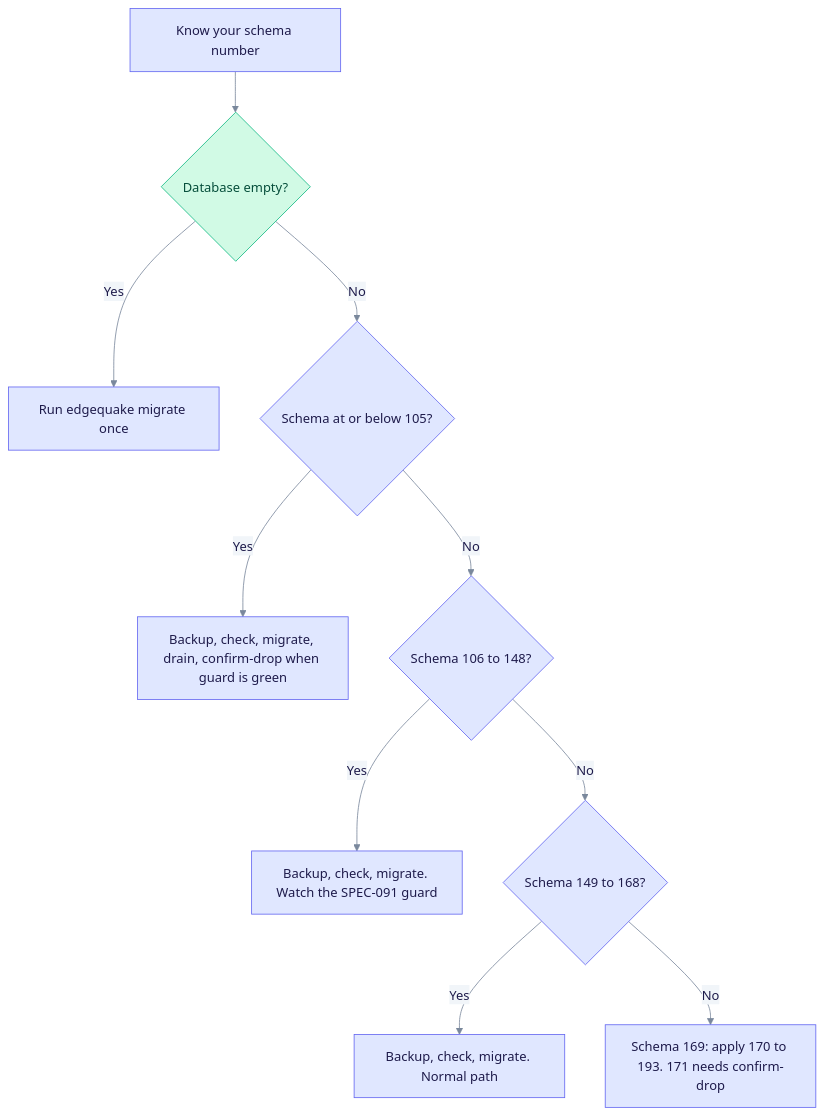
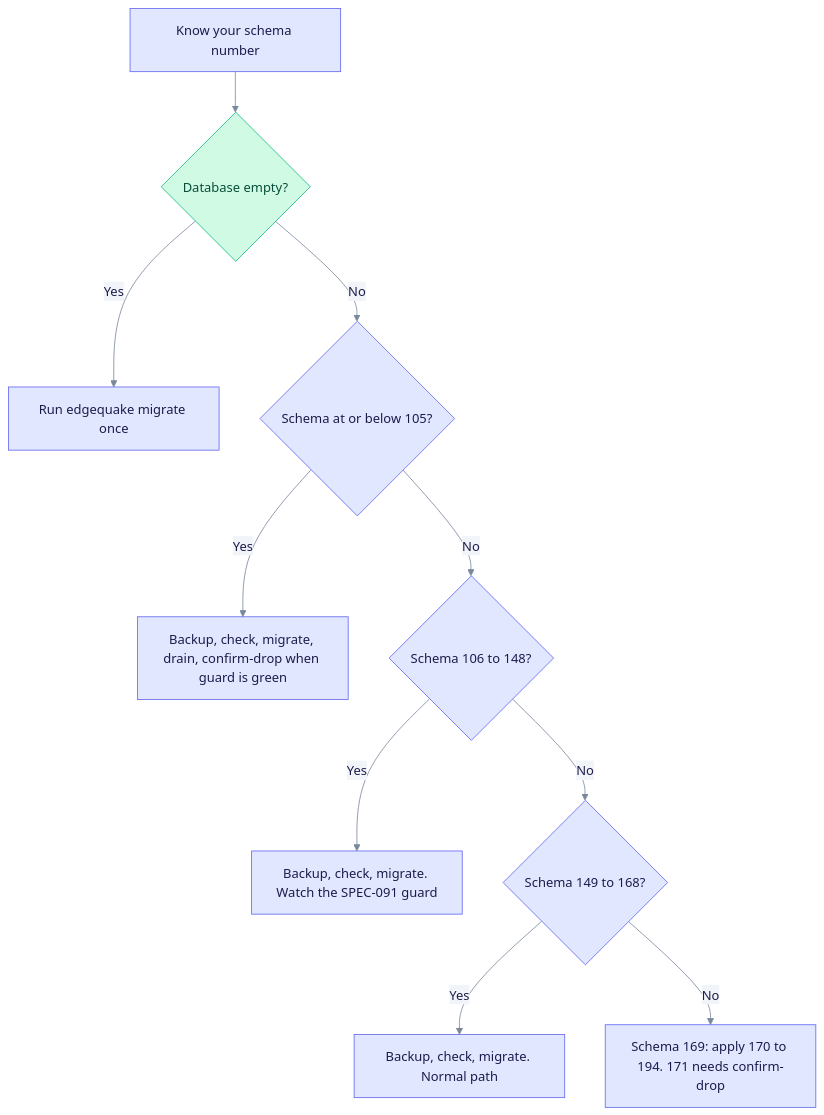
Before and after one commit to YatchiYa/edgequake: the first of 3 diagrams in docs/operations/upgrading.md, drawn with Mermaid. The commit also changed other lines of this file and 11 other files, not shown here.

````diff
--- a/docs/operations/upgrading.md
+++ b/docs/operations/upgrading.md
@@ -24,17 +24,17 @@
 ```mermaid
 %%{init: {"theme":"base","themeVariables":{"primaryColor":"#E0E7FF","primaryBorderColor":"#6366F1","primaryTextColor":"#1E1B4B","secondaryColor":"#D1FAE5","secondaryBorderColor":"#10B981","secondaryTextColor":"#064E3B","tertiaryColor":"#FEF3C7","tertiaryBorderColor":"#F59E0B","tertiaryTextColor":"#6B7A90","lineColor":"#7A889C","clusterBkg":"rgba(99,102,241,0.07)","clusterBorder":"#A5B4FC","noteBkgColor":"#FEF9C3","noteTextColor":"#422006","textColor":"#6B7A90","titleColor":"#6B7A90","signalColor":"#7A889C","signalTextColor":"#6B7A90","loopTextColor":"#6B7A90","edgeLabelBackground":"#F1F5F9","actorLineColor":"#94A3B8"}}}%%
 %% eq-theme:v1
 flowchart TD
   A["Know your schema number"] --> B{"Database empty?"}
   B -->|Yes| C["Run edgequake migrate once"]
   B -->|No| D{"Schema at or below 105?"}
   D -->|Yes| E["Backup, check, migrate, drain, confirm-drop when guard is green"]
   D -->|No| F{"Schema 106 to 148?"}
   F -->|Yes| G["Backup, check, migrate. Watch the SPEC-091 guard"]
   F -->|No| H{"Schema 149 to 168?"}
   H -->|Yes| I["Backup, check, migrate. Normal path"]
-  H -->|No| J["Schema 169: apply 170 to 193. 171 needs confirm-drop"]
+  H -->|No| J["Schema 169: apply 170 to 194. 171 needs confirm-drop"]
 %% eq-classes
 classDef eqStore fill:#D1FAE5,stroke:#10B981,color:#064E3B
 class B eqStore
 ```
````
